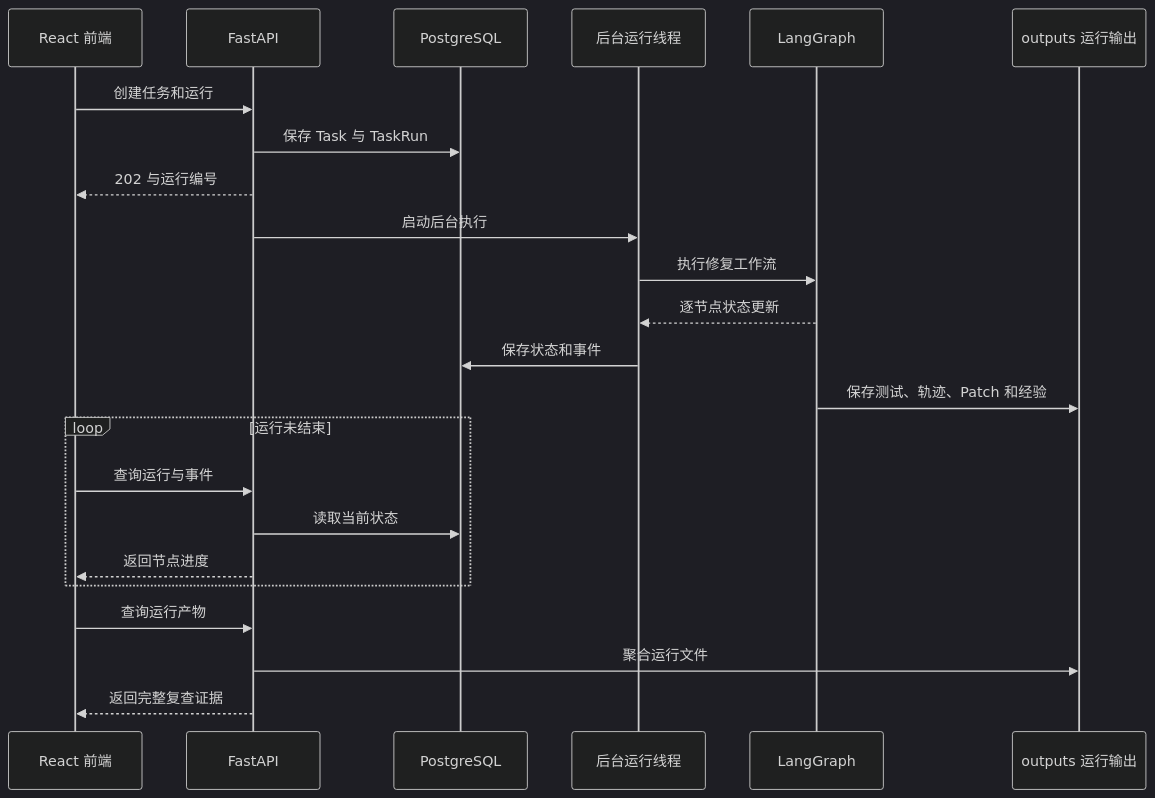
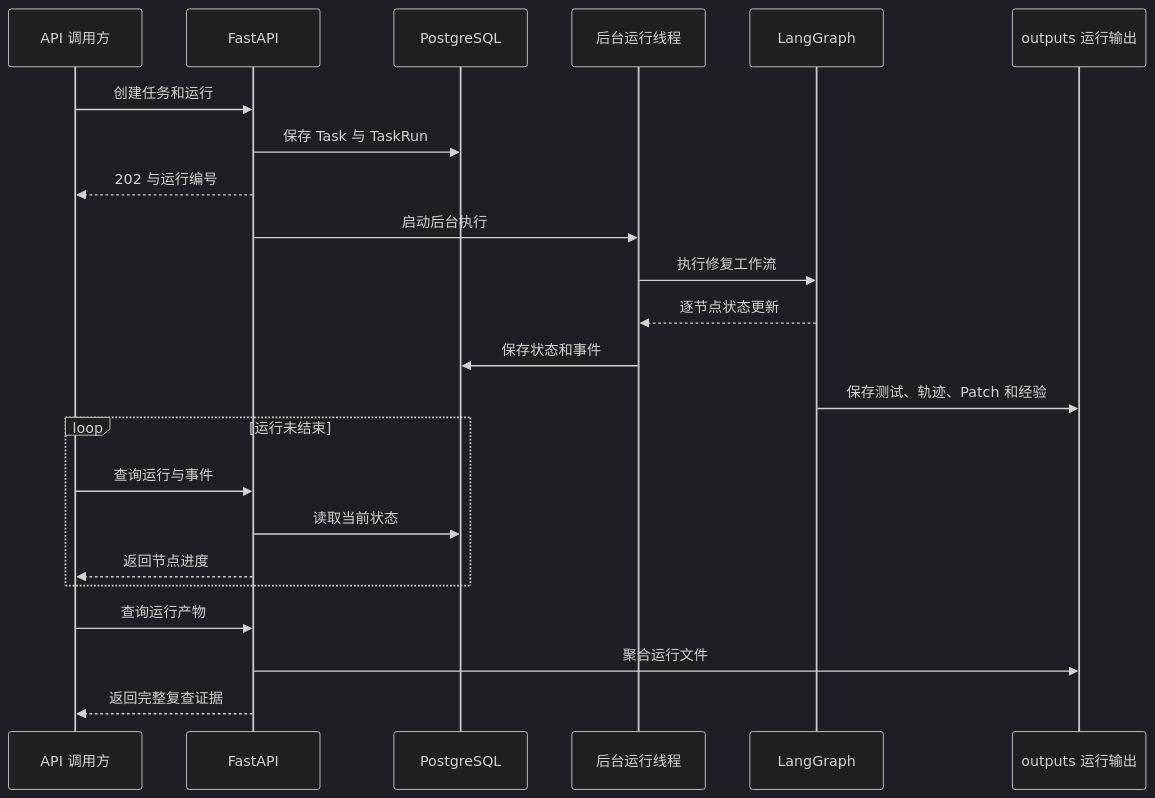
The fifth of 5 diagrams in docs/02-系统架构设计.md (chengyu798/EvoDev), drawn with Mermaid (dark theme) before and after one commit. The commit also changed other lines of this file and 58 other files, not shown here.

````diff
--- a/docs/02-系统架构设计.md
+++ b/docs/02-系统架构设计.md
@@ -928,26 +920,26 @@
 ```mermaid
 sequenceDiagram
-    participant UI as React 前端
+    participant CLIENT as API 调用方
     participant API as FastAPI
     participant DB as PostgreSQL
     participant RUN as 后台运行线程
     participant GRAPH as LangGraph
     participant OUT as outputs 运行输出
 
-    UI->>API: 创建任务和运行
+    CLIENT->>API: 创建任务和运行
     API->>DB: 保存 Task 与 TaskRun
-    API-->>UI: 202 与运行编号
+    API-->>CLIENT: 202 与运行编号
     API->>RUN: 启动后台执行
     RUN->>GRAPH: 执行修复工作流
     GRAPH-->>RUN: 逐节点状态更新
     RUN->>DB: 保存状态和事件
     GRAPH->>OUT: 保存测试、轨迹、Patch 和经验
     loop 运行未结束
-        UI->>API: 查询运行与事件
+        CLIENT->>API: 查询运行与事件
         API->>DB: 读取当前状态
-        API-->>UI: 返回节点进度
+        API-->>CLIENT: 返回节点进度
     end
-    UI->>API: 查询运行产物
+    CLIENT->>API: 查询运行产物
     API->>OUT: 聚合运行文件
-    API-->>UI: 返回完整复查证据
+    API-->>CLIENT: 返回完整复查证据
 ```
````
